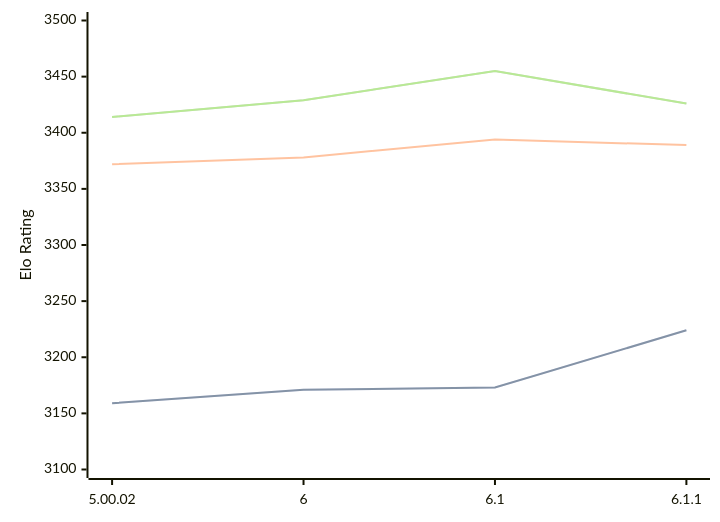
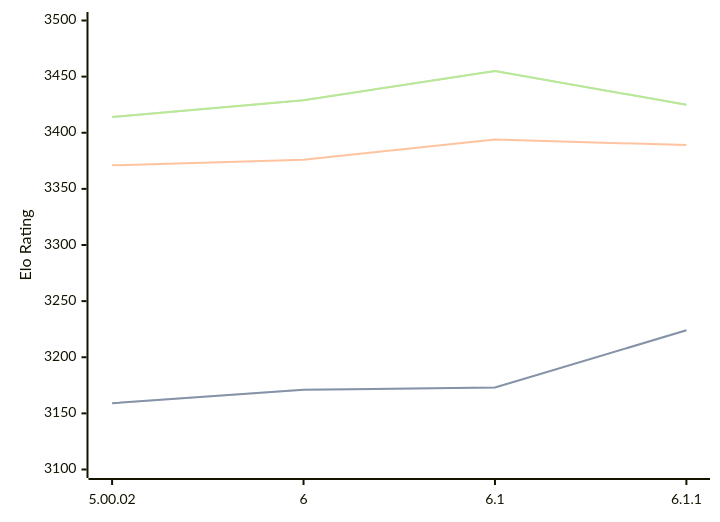
One commit to computer-chess-index/cci changed the diagram in engines/Zangdar.md. Above: the diagram before and after it, drawn with Mermaid. The commit also changed other lines of this file, not shown here.

Commit message:
Update CCI Ratings (ELO VLTC) - 2026-03-24

````diff
--- a/engines/Zangdar.md
+++ b/engines/Zangdar.md
@@ -46,11 +46,11 @@
 ```mermaid
 %%{init: {"theme":"base","themeVariables":{"seriesColors:['#a3a3a3','#222221','#faa371']}}}%%
 xychart-beta
   x-axis ["5.00.02", "6", "6.1", "6.1.1"]
   y-axis "Elo Rating" 3100 --> 3500
   line "STC (8.0+0.08s)" [3159, 3171, 3173, 3224]
   line "STC (8.0+0.08s)" [3159, 3171, 3173, 3224]
-  line "LTC (60.0+0.60s)" [3372, 3378, 3394, 3389]
-  line "VLTC (2m24s+1.12s)" [3414, 3429, 3455, 3426]
-  line "VLTC (2m24s+1.12s)" [3414, 3429, 3455, 3426]
+  line "LTC (60.0+0.60s)" [3371, 3376, 3394, 3389]
+  line "VLTC (2m24s+1.12s)" [3414, 3429, 3455, 3425]
+  line "VLTC (2m24s+1.12s)" [3414, 3429, 3455, 3425]
 ```
````
